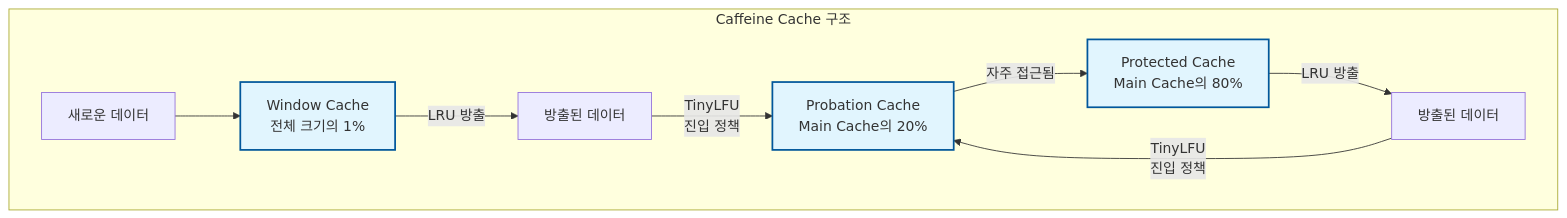
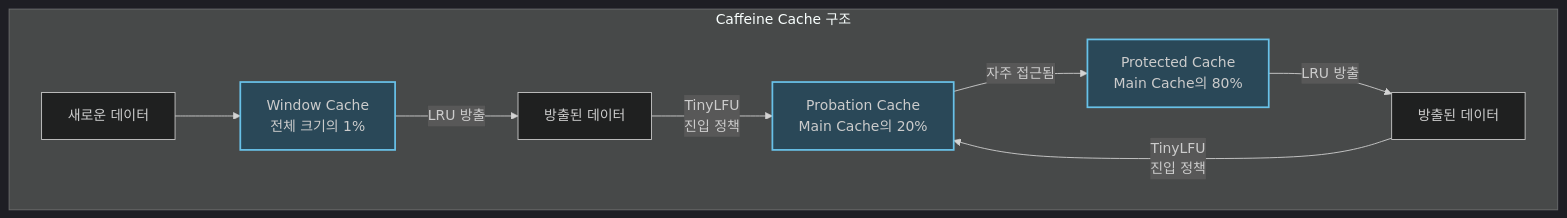
One commit to K-Diger/K-Diger.github.io changed the first of 3 diagrams in _posts/2023-01-01-SUWIKI-4.md. Above: the diagram before and after it, drawn with Mermaid. The commit also changed other lines of this file, not shown here.

Commit message:
Caffeine Cache

````diff
--- a/_posts/2023-01-01-SUWIKI-4.md
+++ b/_posts/2023-01-01-SUWIKI-4.md
@@ -57,14 +57,15 @@
 ```mermaid
+%%{init: { 'theme':'dark' }}%%
 graph TD
     subgraph CaffeineStructure["Caffeine Cache 구조"]
         NewData[새로운 데이터] --> WindowCache[Window Cache<br/>전체 크기의 1%]
         WindowCache -- "LRU 방출" --> WE[방출된 데이터]
         WE -- "TinyLFU<br/>진입 정책" --> ProbationCache[Probation Cache<br/>Main Cache의 20%]
         ProbationCache -- "자주 접근됨" --> ProtectedCache[Protected Cache<br/>Main Cache의 80%]
         ProtectedCache -- "LRU 방출" --> PE[방출된 데이터]
         PE -- "TinyLFU<br/>진입 정책" --> ProbationCache
     end
 
-    classDef cacheBox fill:#e1f5fe,stroke:#01579b,stroke-width:2px
+    classDef cacheBox fill:#2a4858,stroke:#68c1e8,stroke-width:2px
     class WindowCache,ProbationCache,ProtectedCache cacheBox
 ```
````
